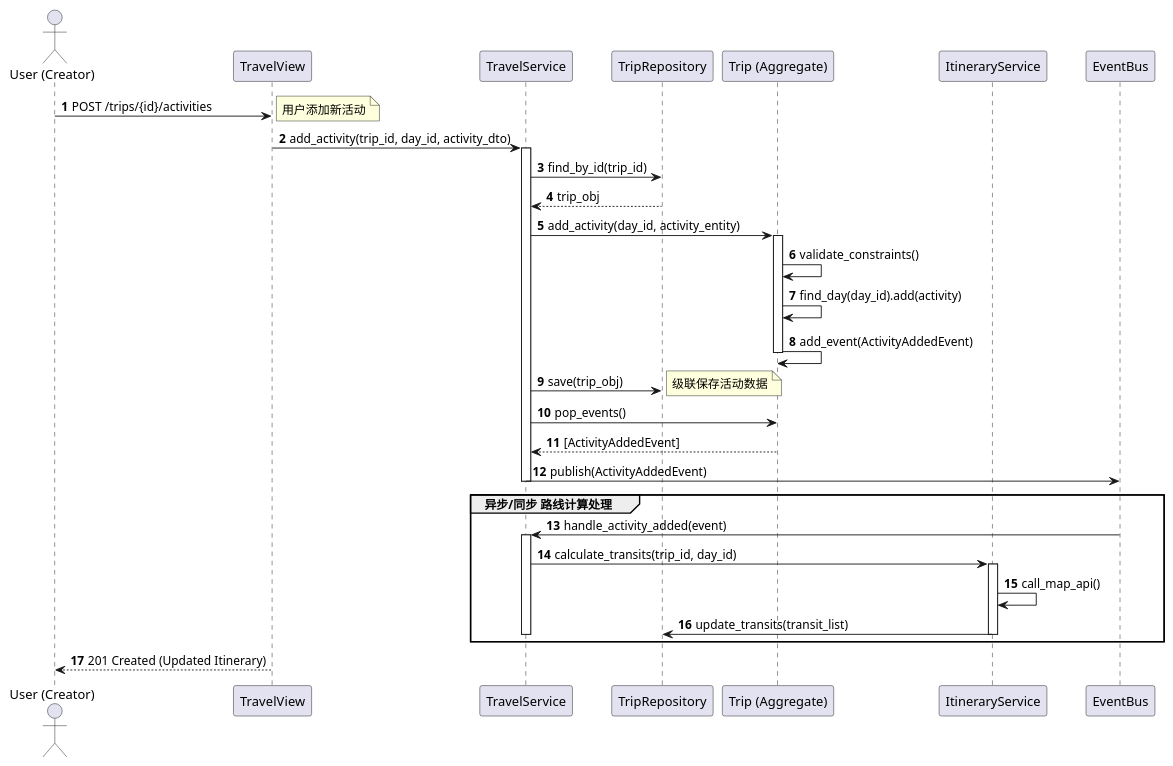
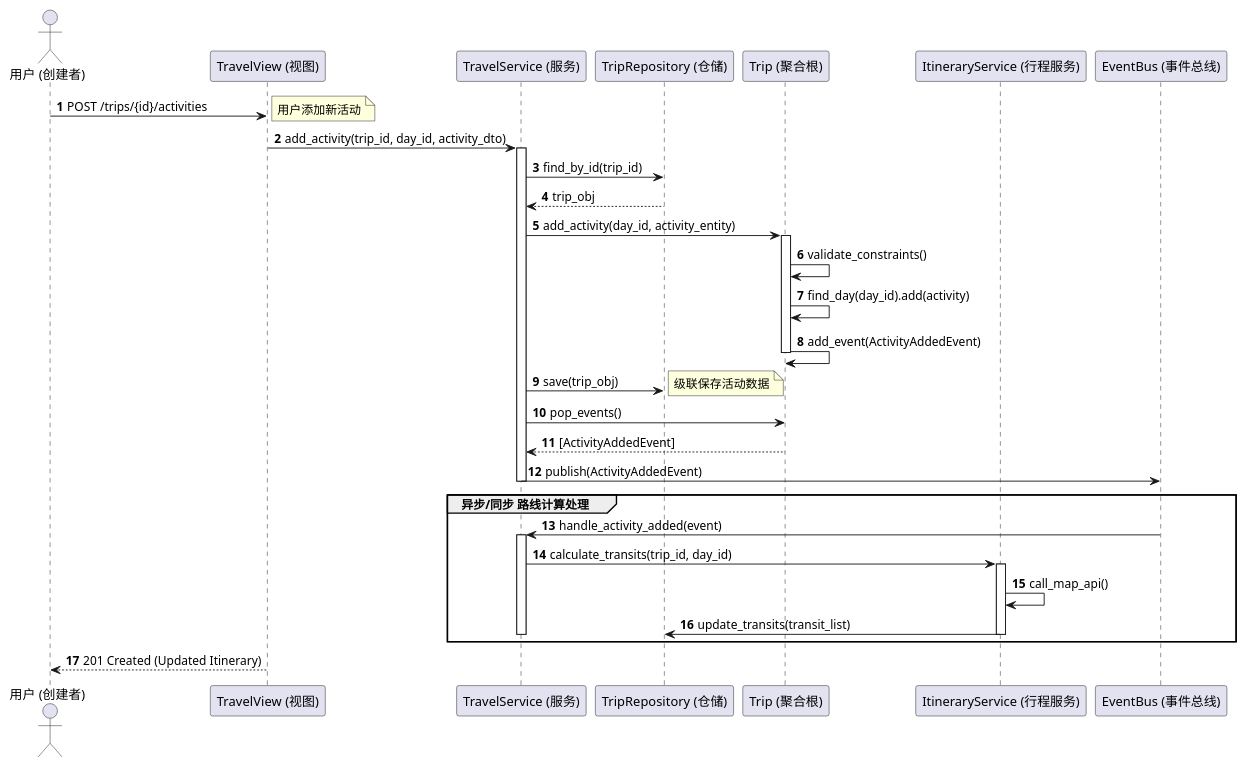
The first of 4 diagrams in doc/design/architecture_design/scenario_view.md (maroonxv/TravelShare), drawn with PlantUML before and after one commit. The commit also changed other lines of this file and 59 other files, not shown here.

````diff
--- a/doc/design/architecture_design/scenario_view.md
+++ b/doc/design/architecture_design/scenario_view.md
@@ -45,50 +41,50 @@
 ```plantuml
 @startuml
 autonumber
-actor "User (Creator)" as User
-participant "TravelView" as API
-participant "TravelService" as Service
-participant "TripRepository" as Repo
-participant "Trip (Aggregate)" as Domain
-participant "ItineraryService" as RouteService
-participant "EventBus" as Bus
+actor "用户 (创建者)" as User
+participant "TravelView (视图)" as API
+participant "TravelService (服务)" as Service
+participant "TripRepository (仓储)" as Repo
+participant "Trip (聚合根)" as Domain
+participant "ItineraryService (行程服务)" as RouteService
+participant "EventBus (事件总线)" as Bus
 
 User -> API: POST /trips/{id}/activities
 note right: 用户添加新活动
 
 API -> Service: add_activity(trip_id, day_id, activity_dto)
 activate Service
 
 Service -> Repo: find_by_id(trip_id)
 Repo --> Service: trip_obj
 
 Service -> Domain: add_activity(day_id, activity_entity)
 activate Domain
     Domain -> Domain: validate_constraints()
     Domain -> Domain: find_day(day_id).add(activity)
     Domain -> Domain: add_event(ActivityAddedEvent)
 deactivate Domain
 
 Service -> Repo: save(trip_obj)
 note right: 级联保存活动数据
 
 Service -> Domain: pop_events()
 Domain --> Service: [ActivityAddedEvent]
 
 Service -> Bus: publish(ActivityAddedEvent)
 deactivate Service
 
 group 异步/同步 路线计算处理
     Bus -> Service: handle_activity_added(event)
     activate Service
     Service -> RouteService: calculate_transits(trip_id, day_id)
     activate RouteService
         RouteService -> RouteService: call_map_api()
         RouteService -> Repo: update_transits(transit_list)
     deactivate RouteService
     deactivate Service
 end
 
 API --> User: 201 Created (Updated Itinerary)
 @enduml
 ```
````
